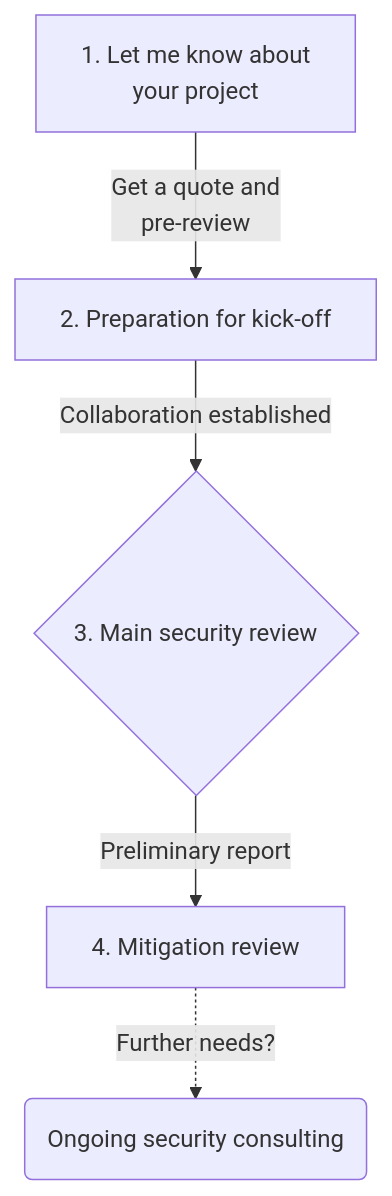
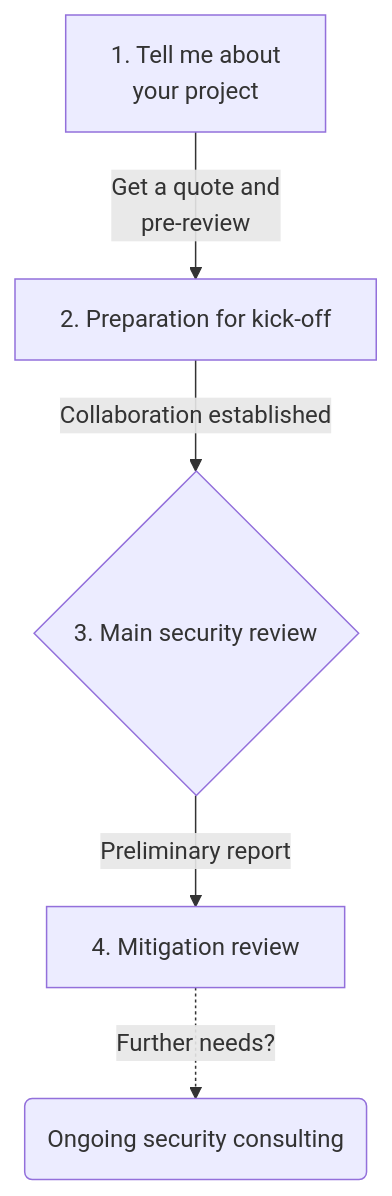
One commit to MarioPoneder/marioponeder.github.io changed the diagram in review-process.md. Above: the diagram before and after it, drawn with Mermaid. The commit also changed other lines of this file, not shown here.

Commit message:
Changed headline

````diff
--- a/review-process.md
+++ b/review-process.md
@@ -11,7 +11,7 @@
 ```mermaid
 graph TD;
-    A[1. Let me know about<br>your project]-- Get a quote and<br>pre-review -->B[2. Preparation for kick-off];
+    A[1. Tell me about<br>your project]-- Get a quote and<br>pre-review -->B[2. Preparation for kick-off];
     B--Collaboration established-->C{3. Main security review};
     C--Preliminary report-->D[4. Mitigation review];
     D-. Further needs? .->E(Ongoing security consulting);
 ```
````
